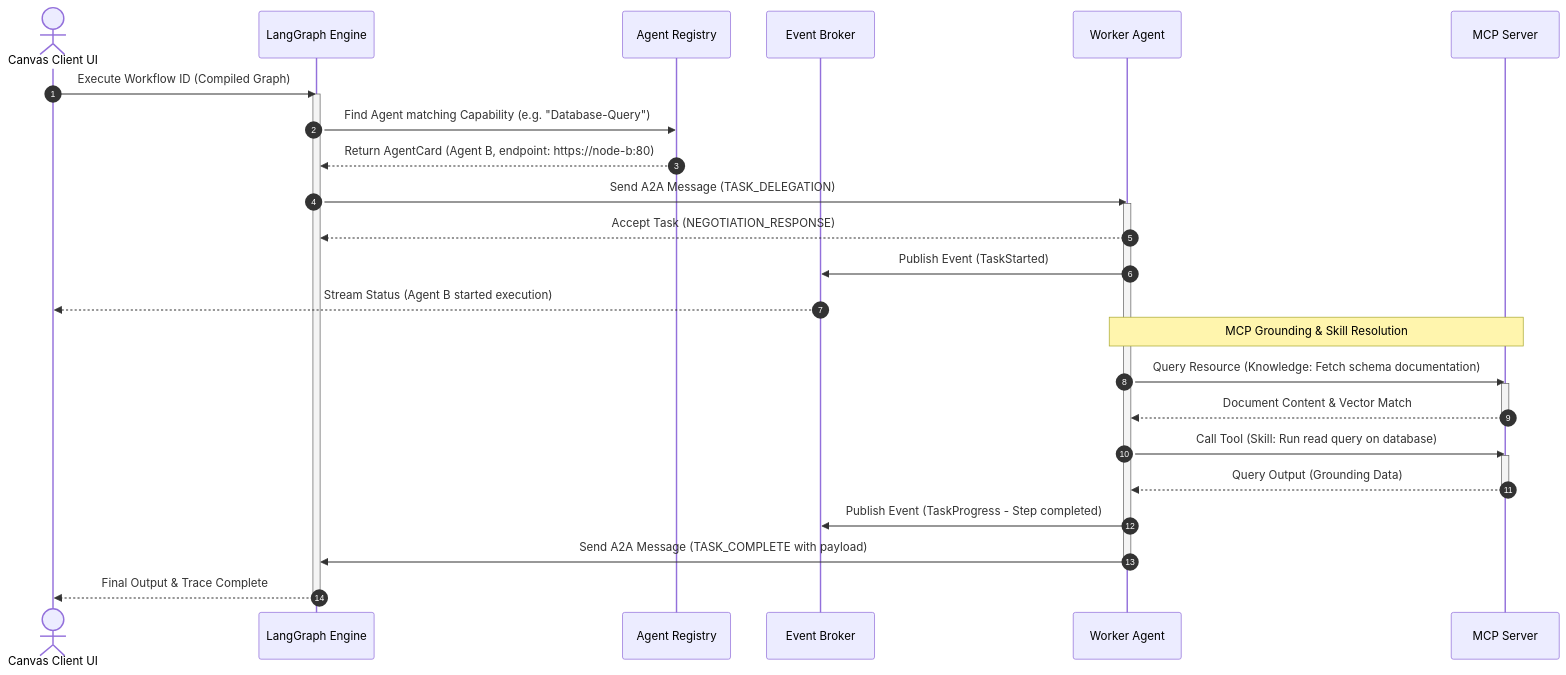
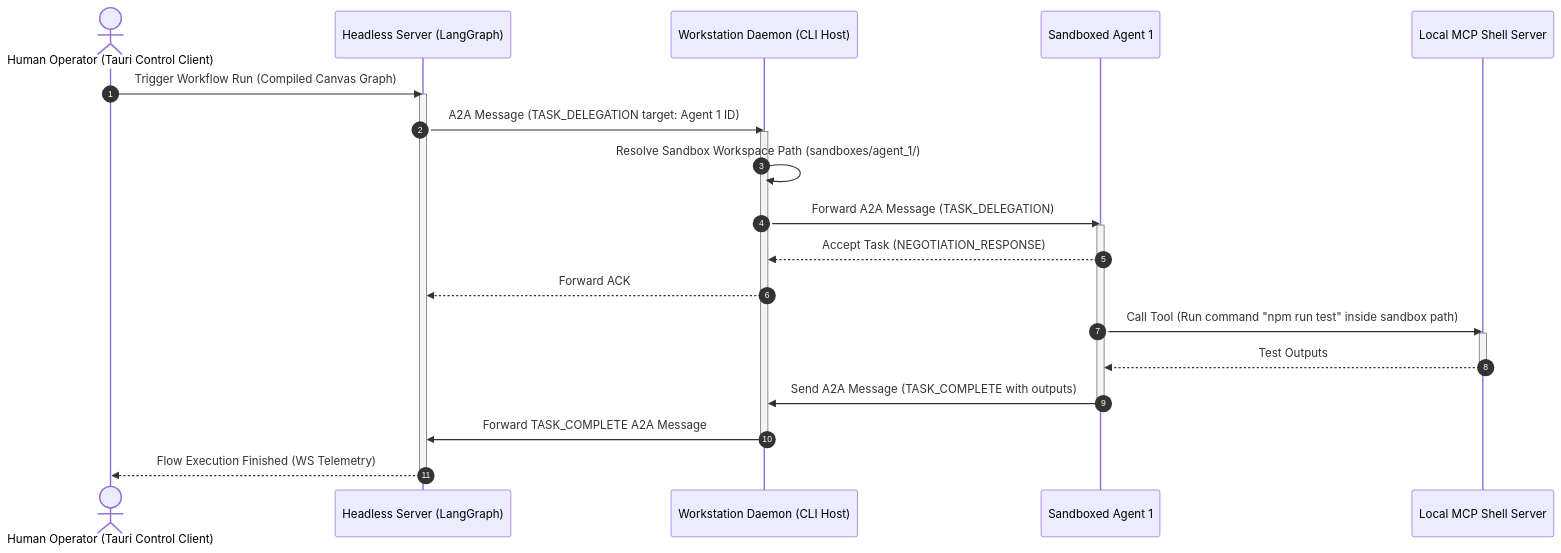
Before and after one commit to hiimtrung/co-force: the third of 3 diagrams in docs/system_architecture.md, drawn with Mermaid. The commit also changed other lines of this file and 7 other files, not shown here.

Commit message:
refactor: update architecture to workstation-daemon model with sandbox isolation and document production A2A deployment blueprints.

````diff
--- a/docs/system_architecture.md
+++ b/docs/system_architecture.md
@@ -71,40 +97,31 @@
 ```mermaid
 sequenceDiagram
     autonumber
-    actor Client as Canvas Client UI
-    participant LG as LangGraph Engine
-    participant Registry as Agent Registry
-    participant Broker as Event Broker
-    participant Agent as Worker Agent
-    participant MCP as MCP Server
+    actor Operator as Human Operator (Tauri Control Client)
+    participant Server as Headless Server (LangGraph)
+    participant Daemon as Workstation Daemon (CLI Host)
+    participant Agent as Sandboxed Agent 1
+    participant MCP as Local MCP Shell Server
 
-    Client->>LG: Execute Workflow ID (Compiled Graph)
-    activate LG
-    LG->>Registry: Find Agent matching Capability (e.g. "Database-Query")
-    Registry-->>LG: Return AgentCard (Agent B, endpoint: https://node-b:80)
+    Operator->>Server: Trigger Workflow Run (Compiled Canvas Graph)
+    activate Server
+    Server->>Daemon: A2A Message (TASK_DELEGATION target: Agent 1 ID)
+    activate Daemon
+    Daemon->>Daemon: Resolve Sandbox Workspace Path (sandboxes/agent_1/)
+    Daemon->>Agent: Forward A2A Message (TASK_DELEGATION)
+    activate Agent
+    Agent-->>Daemon: Accept Task (NEGOTIATION_RESPONSE)
+    Daemon-->>Server: Forward ACK
     
-    LG->>Agent: Send A2A Message (TASK_DELEGATION)
-    activate Agent
-    Agent-->>LG: Accept Task (NEGOTIATION_RESPONSE)
+    Agent->>MCP: Call Tool (Run command "npm run test" inside sandbox path)
+    activate MCP
+    MCP-->>Agent: Test Outputs
+    deactivate MCP
     
-    Agent->>Broker: Publish Event (TaskStarted)
-    Broker-->>Client: Stream Status (Agent B started execution)
-
-    Note over Agent, MCP: MCP Grounding & Skill Resolution
-    Agent->>MCP: Query Resource (Knowledge: Fetch schema documentation)
-    activate MCP
-    MCP-->>Agent: Document Content & Vector Match
-    deactivate MCP
-
-    Agent->>MCP: Call Tool (Skill: Run read query on database)
-    activate MCP
-    MCP-->>Agent: Query Output (Grounding Data)
-    deactivate MCP
-
-    Agent->>Broker: Publish Event (TaskProgress - Step completed)
-
-    Agent->>LG: Send A2A Message (TASK_COMPLETE with payload)
+    Agent->>Daemon: Send A2A Message (TASK_COMPLETE with outputs)
     deactivate Agent
-    LG-->>Client: Final Output & Trace Complete
-    deactivate LG
+    Daemon->>Server: Forward TASK_COMPLETE A2A Message
+    deactivate Daemon
+    Server-->>Operator: Flow Execution Finished (WS Telemetry)
+    deactivate Server
 ```
````
